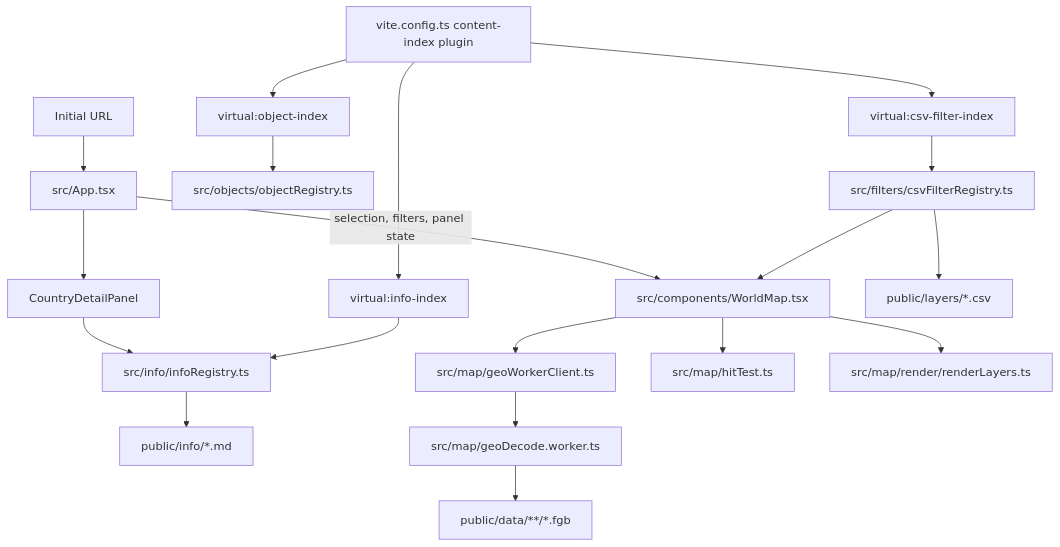
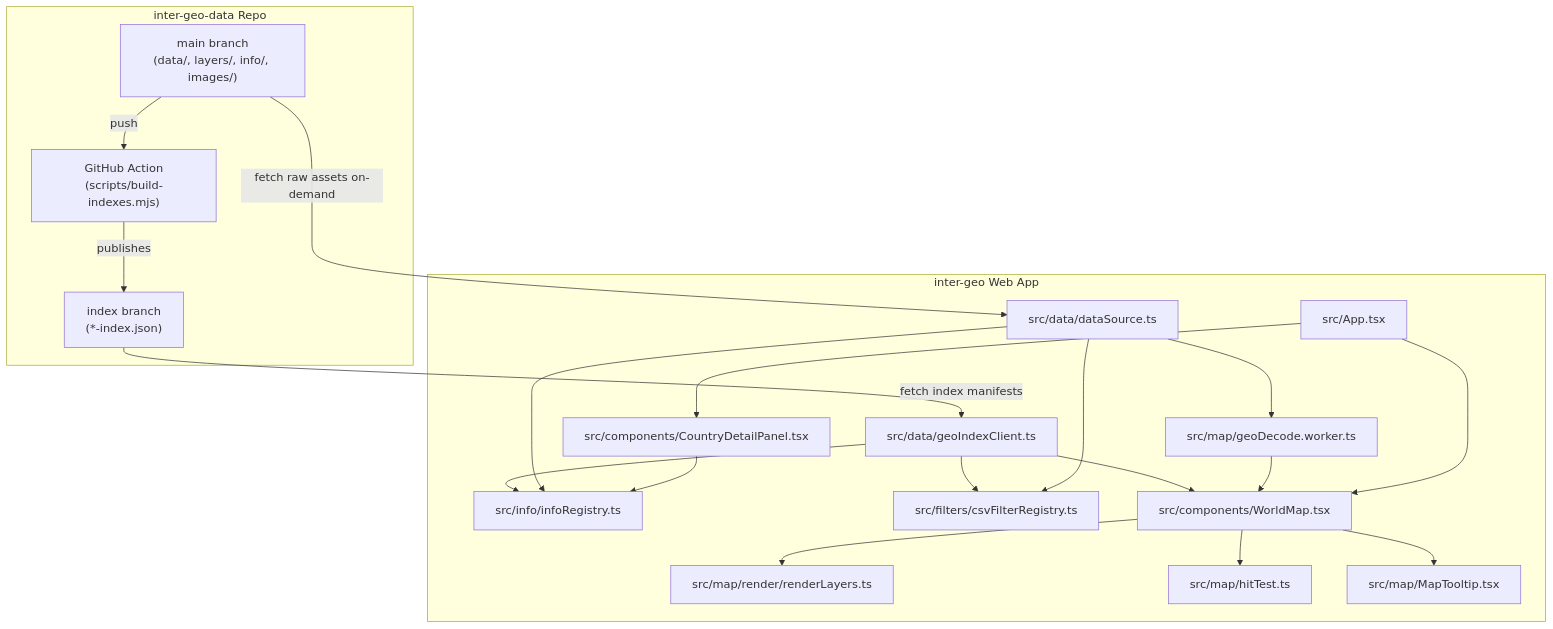
Before and after one commit to harvey-euph/inter-geo: the diagram in docs/agent-onboarding.md, drawn with Mermaid. The commit also changed other lines of this file, not shown here.

Commit message:
docs: update agent-onboarding with multi-repo decoupled architecture

````diff
--- a/docs/agent-onboarding.md
+++ b/docs/agent-onboarding.md
@@ -68,21 +77,35 @@
 ```mermaid
 flowchart TD
-  URL[Initial URL] --> APP[src/App.tsx]
-  APP -->|selection, filters, panel state| MAP[src/components/WorldMap.tsx]
-  APP --> PANEL[CountryDetailPanel]
-  PANEL --> INFOREG[src/info/infoRegistry.ts]
-  INFOREG --> MD[public/info/*.md]
-  VITE[vite.config.ts content-index plugin] --> OIDX[virtual:object-index]
-  VITE --> IIDX[virtual:info-index]
-  VITE --> CIDX[virtual:csv-filter-index]
-  OIDX --> OBJECTS[src/objects/objectRegistry.ts]
-  IIDX --> INFOREG
-  CIDX --> CSVREG[src/filters/csvFilterRegistry.ts]
-  CSVREG --> CSV[public/layers/*.csv]
-  MAP --> CLIENT[src/map/geoWorkerClient.ts]
-  CLIENT --> WORKER[src/map/geoDecode.worker.ts]
-  WORKER --> FGB[public/data/**/*.fgb]
-  MAP --> HIT[src/map/hitTest.ts]
-  MAP --> DRAW[src/map/render/renderLayers.ts]
-  CSVREG --> MAP
+  subgraph RemoteData["inter-geo-data Repo"]
+    MAIN["main branch\n(data/, layers/, info/, images/)"]
+    ACTION["GitHub Action\n(scripts/build-indexes.mjs)"]
+    INDEX["index branch\n(*-index.json)"]
+    MAIN -->|push| ACTION
+    ACTION -->|publishes| INDEX
+  end
+
+  subgraph FrontendApp["inter-geo Web App"]
+    CLIENT["src/data/geoIndexClient.ts"]
+    SOURCE["src/data/dataSource.ts"]
+    
+    INDEX -->|fetch index manifests| CLIENT
+    MAIN -->|fetch raw assets on-demand| SOURCE
+
+    CLIENT --> INFOREG["src/info/infoRegistry.ts"]
+    CLIENT --> CSVREG["src/filters/csvFilterRegistry.ts"]
+    CLIENT --> MAP["src/components/WorldMap.tsx"]
+
+    SOURCE --> INFOREG
+    SOURCE --> CSVREG
+    SOURCE --> WORKER["src/map/geoDecode.worker.ts"]
+    WORKER --> MAP
+
+    MAP --> DRAW["src/map/render/renderLayers.ts"]
+    MAP --> HIT["src/map/hitTest.ts"]
+    MAP --> TOOLTIP["src/map/MapTooltip.tsx"]
+    
+    APP["src/App.tsx"] --> MAP
+    APP --> PANEL["src/components/CountryDetailPanel.tsx"]
+    PANEL --> INFOREG
+  end
 ```
````
